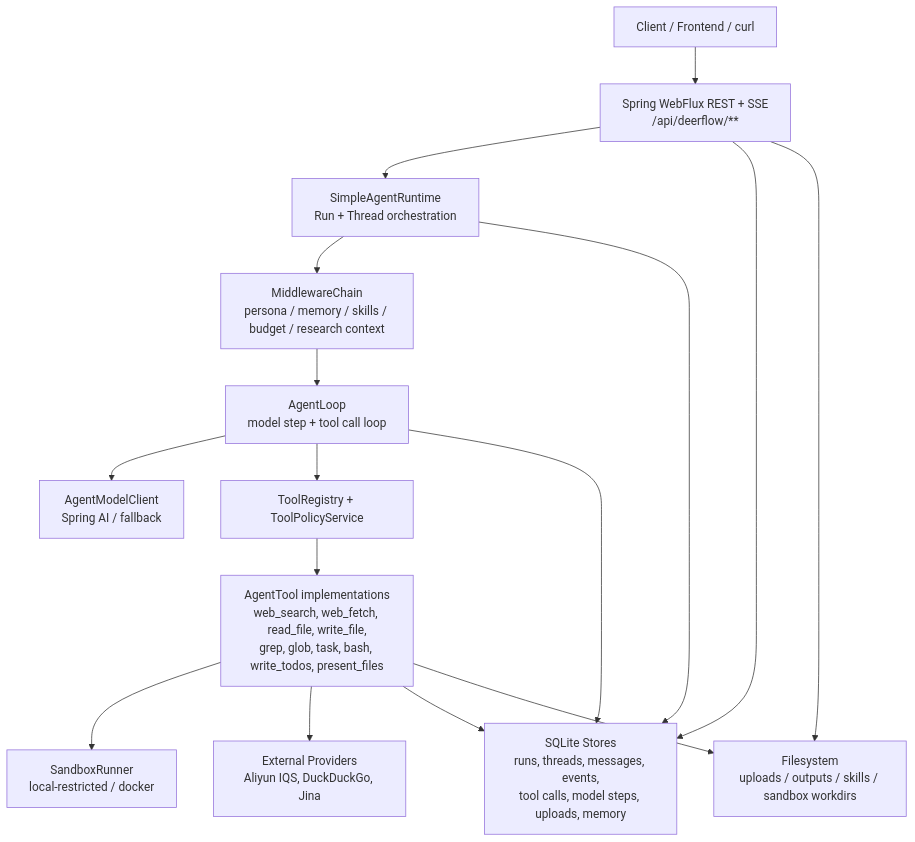
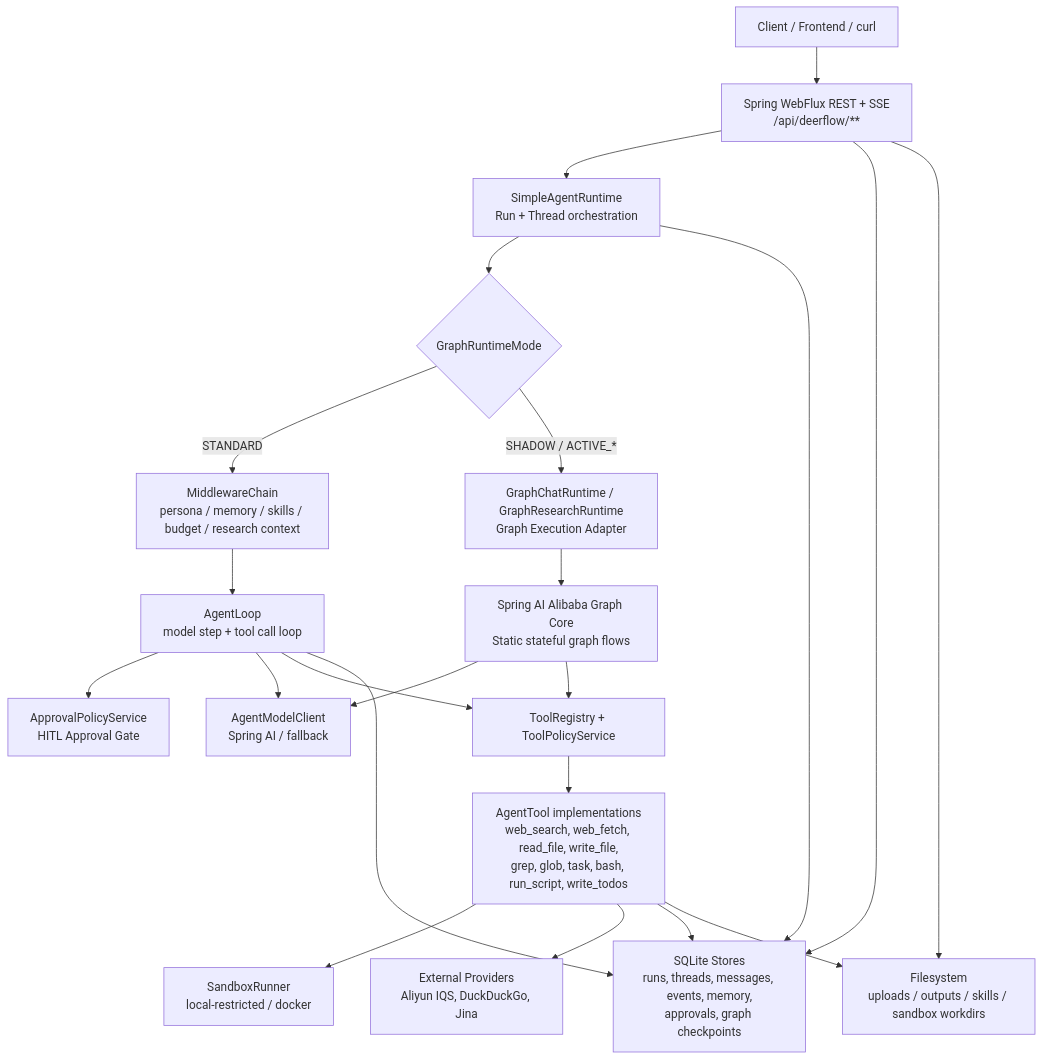
Before and after one commit to AarenWang/haifa-ai-deerflow: the diagram in deerflow/README.md, drawn with Mermaid. The commit also changed other lines of this file and 1 other file, not shown here.

Commit message:
docs(deerflow): update README and technical architecture document for new features

````diff
--- a/deerflow/README.md
+++ b/deerflow/README.md
@@ -26,31 +29,41 @@
 ```mermaid
 flowchart TB
     Client["Client / Frontend / curl"]
     API["Spring WebFlux REST + SSE<br/>/api/deerflow/**"]
     Runtime["SimpleAgentRuntime<br/>Run + Thread orchestration"]
+    RuntimeRoute{"GraphRuntimeMode"}
     Chain["MiddlewareChain<br/>persona / memory / skills / budget / research context"]
     Loop["AgentLoop<br/>model step + tool call loop"]
+    ApprovalGate["ApprovalPolicyService<br/>HITL Approval Gate"]
+    GraphRuntime["GraphChatRuntime / GraphResearchRuntime<br/>Graph Execution Adapter"]
+    AlibabaGraph["Spring AI Alibaba Graph Core<br/>Static stateful graph flows"]
     Model["AgentModelClient<br/>Spring AI / fallback"]
     Registry["ToolRegistry + ToolPolicyService"]
-    Tools["AgentTool implementations<br/>web_search, web_fetch, read_file, write_file,<br/>grep, glob, task, bash, write_todos, present_files"]
+    Tools["AgentTool implementations<br/>web_search, web_fetch, read_file, write_file,<br/>grep, glob, task, bash, run_script, write_todos"]
     Sandbox["SandboxRunner<br/>local-restricted / docker"]
     Providers["External Providers<br/>Aliyun IQS, DuckDuckGo, Jina"]
-    Stores["SQLite Stores<br/>runs, threads, messages, events,<br/>tool calls, model steps, uploads, memory"]
+    Stores["SQLite Stores<br/>runs, threads, messages, events, memory,<br/>approvals, graph checkpoints"]
     Artifacts["Filesystem<br/>uploads / outputs / skills / sandbox workdirs"]
 
     Client --> API
     API --> Runtime
-    Runtime --> Chain
+    Runtime --> RuntimeRoute
+    RuntimeRoute -->|STANDARD| Chain
+    RuntimeRoute -->|SHADOW / ACTIVE_*| GraphRuntime
+    GraphRuntime --> AlibabaGraph
+    AlibabaGraph --> Model
+    AlibabaGraph --> Registry
     Chain --> Loop
+    Loop --> ApprovalGate
     Loop --> Model
     Loop --> Registry
     Registry --> Tools
     Tools --> Sandbox
     Tools --> Providers
     Runtime --> Stores
     Loop --> Stores
     Tools --> Stores
     Tools --> Artifacts
     API --> Stores
     API --> Artifacts
 ```
````
